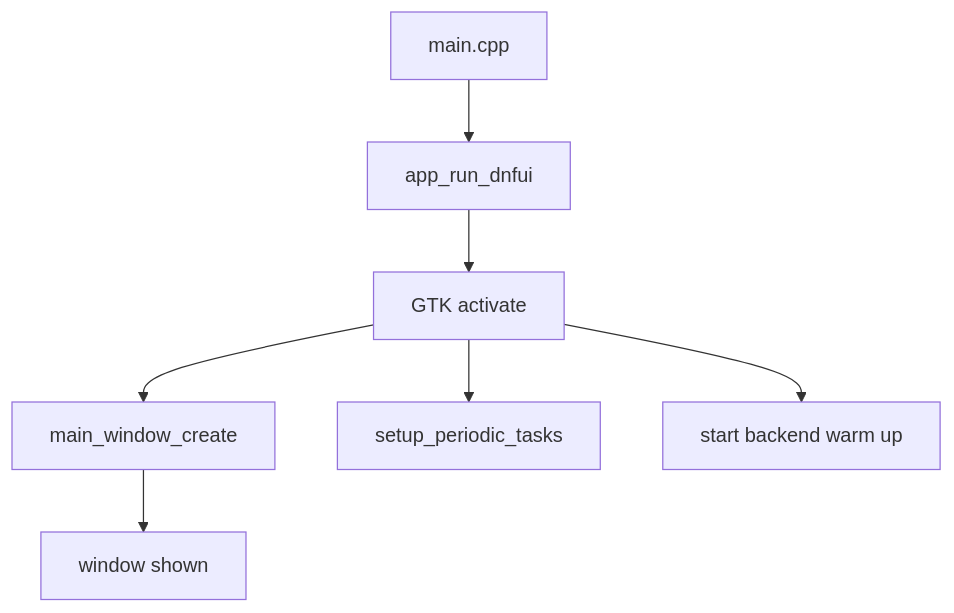
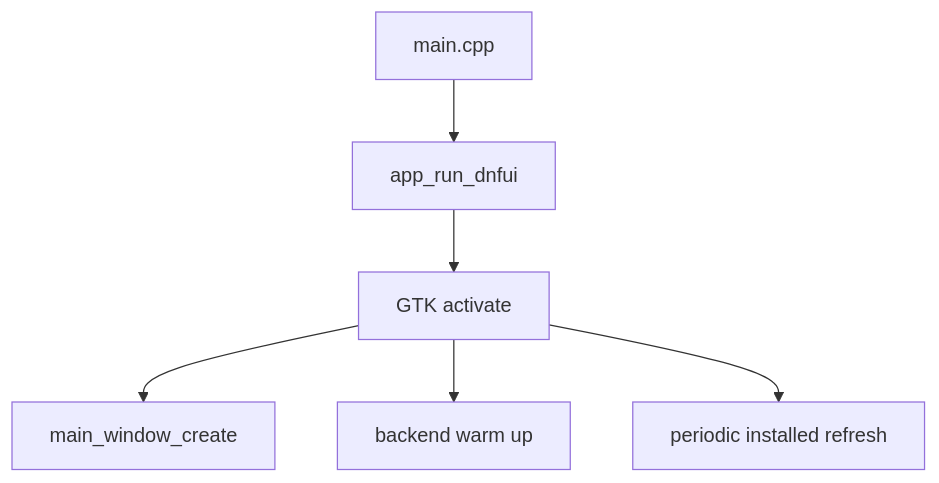
One commit to ErikMN/dnf_ui changed the second of 4 diagrams in docs/architecture.md. Above: the diagram before and after it, drawn with Mermaid. The commit also changed other lines of this file and 39 other files, not shown here.

````diff
--- a/docs/architecture.md
+++ b/docs/architecture.md
@@ -50,9 +73,8 @@
 ```mermaid
 flowchart TD
-    A[main.cpp] --> B[app_run_dnfui]
-    B --> C[GTK activate]
-    C --> D[main_window_create]
-    C --> E[setup_periodic_tasks]
-    C --> F[start backend warm up]
-    D --> G[window shown]
+    Main[main.cpp] --> Run[app_run_dnfui]
+    Run --> Activate[GTK activate]
+    Activate --> Window[main_window_create]
+    Activate --> Warmup[backend warm up]
+    Activate --> Refresh[periodic installed refresh]
 ```
````
